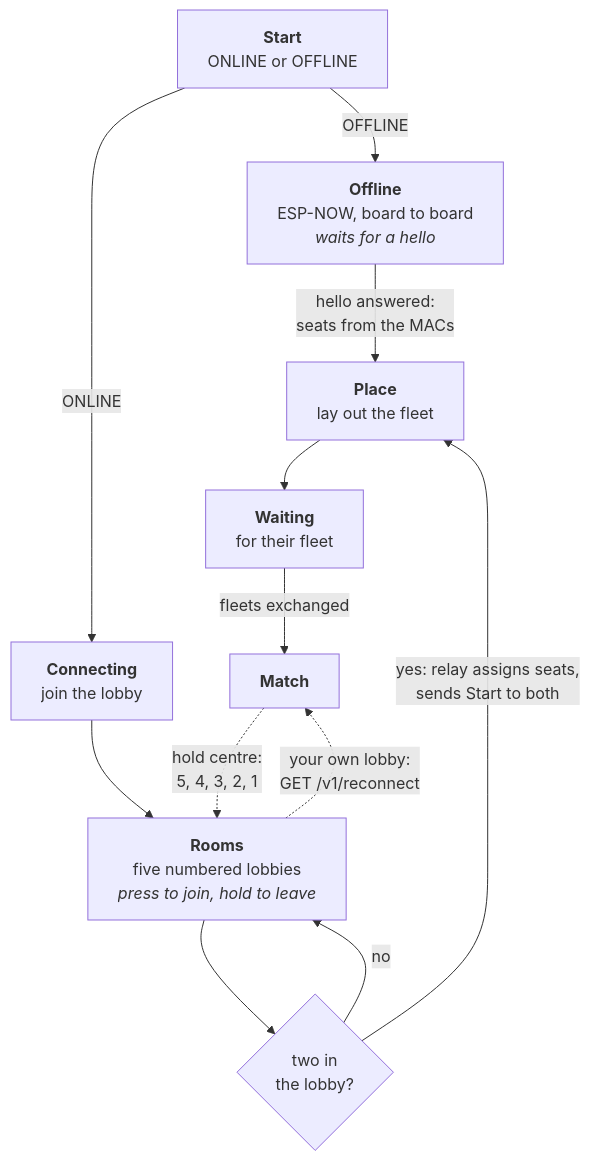
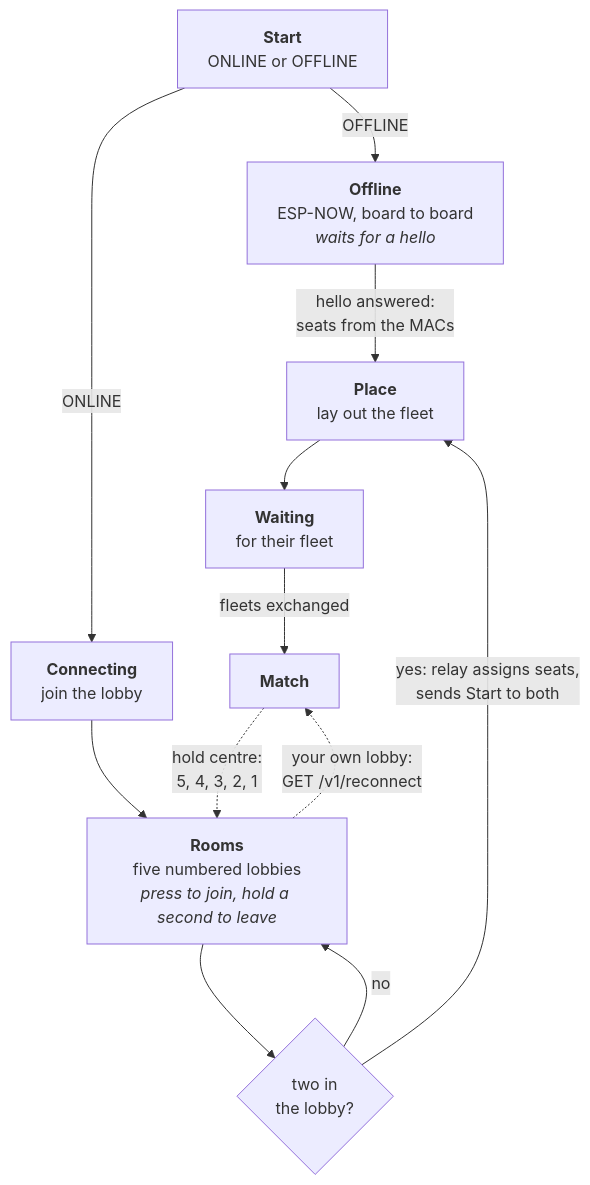
One commit to NirvekPanda/battleship-esp changed the third of 3 diagrams in README.md. Above: the diagram before and after it, drawn with Mermaid. The commit also changed other lines of this file and 4 other files, not shown here.

First line of the commit message:
a second to leave a lobby, five to leave a match; CHANGE NAME opens the modal

````diff
--- a/README.md
+++ b/README.md
@@ -441,20 +441,20 @@
 ```mermaid
 flowchart TB
     START["<b>Start</b><br/>ONLINE or OFFLINE"]
     OFF["<b>Offline</b><br/>ESP-NOW, board to board<br/><i>waits for a hello</i>"]
     CONN["<b>Connecting</b><br/>join the lobby"]
-    ROOMS["<b>Rooms</b><br/>five numbered lobbies<br/><i>press to join, hold to leave</i>"]
+    ROOMS["<b>Rooms</b><br/>five numbered lobbies<br/><i>press to join, hold a second to leave</i>"]
     PAIR{"two in<br/>the lobby?"}
     PLACE["<b>Place</b><br/>lay out the fleet"]
     WAIT["<b>Waiting</b><br/>for their fleet"]
     MATCH["<b>Match</b>"]
 
     START -->|OFFLINE| OFF
     START -->|ONLINE| CONN --> ROOMS --> PAIR
     PAIR -->|no| ROOMS
     PAIR -->|"yes: relay assigns seats,<br/>sends Start to both"| PLACE
     OFF -->|"hello answered:<br/>seats from the MACs"| PLACE
     PLACE --> WAIT -->|"fleets exchanged"| MATCH
     MATCH -.->|"hold centre:<br/>5, 4, 3, 2, 1"| ROOMS
     ROOMS -.->|"your own lobby:<br/>GET /v1/reconnect"| MATCH
 ```
````
